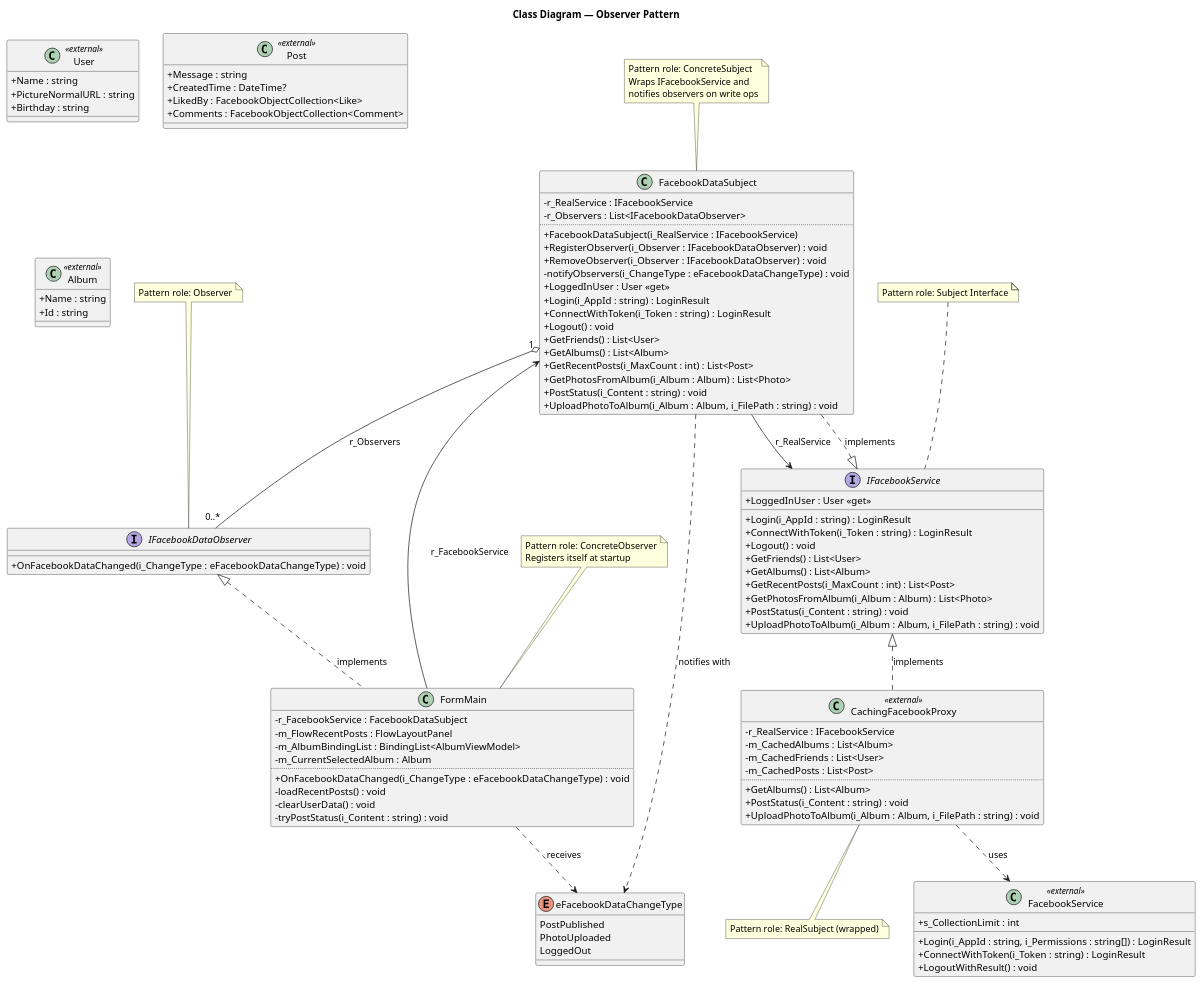
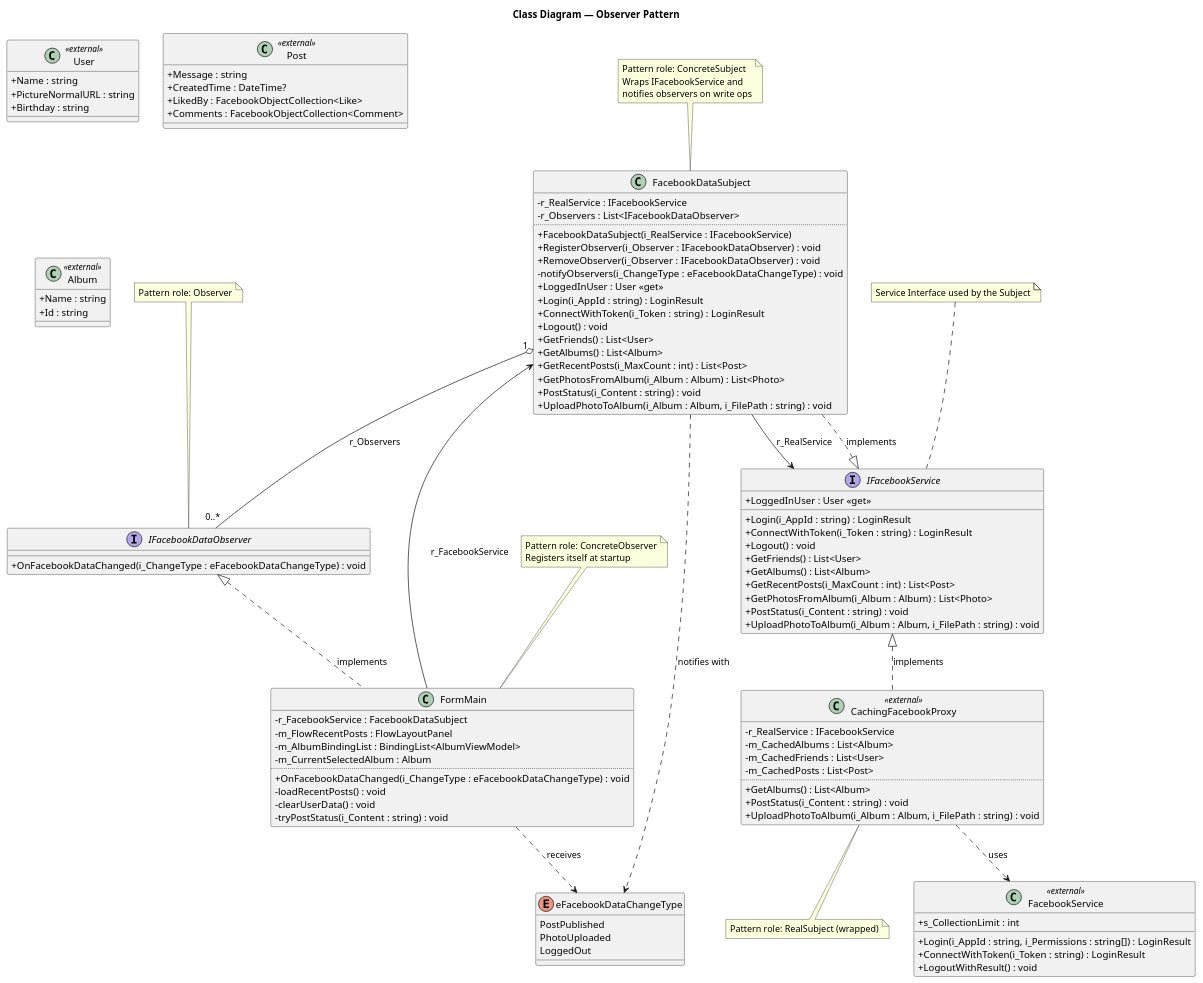
Before and after one commit to LotemKimchi/Application-Programming-Using-Design-Patterns: the diagram in Project3/B26 Ex03 LotemKimchi 318173481 ShaniSalomon 208573683 NEW/uml/Observer_ClassDiagram.puml, drawn with PlantUML. The commit also changed 3 other files, not shown here.

First line of the commit message:
Fix UML diagrams per review feedback

```diff
--- a/Project3/B26 Ex03 LotemKimchi 318173481 ShaniSalomon 208573683 NEW/uml/Observer_ClassDiagram.puml
+++ b/Project3/B26 Ex03 LotemKimchi 318173481 ShaniSalomon 208573683 NEW/uml/Observer_ClassDiagram.puml
@@ -1,128 +1,128 @@
 @startuml
 title Class Diagram — Observer Pattern
 
 skinparam classAttributeIconSize 0
 top to bottom direction
 
 enum eFacebookDataChangeType {
     PostPublished
     PhotoUploaded
     LoggedOut
 }
 
 interface IFacebookDataObserver {
     + OnFacebookDataChanged(i_ChangeType : eFacebookDataChangeType) : void
 }
 note top of IFacebookDataObserver
   Pattern role: Observer
 end note
 
 interface IFacebookService {
     + LoggedInUser : User <<get>>
     + Login(i_AppId : string) : LoginResult
     + ConnectWithToken(i_Token : string) : LoginResult
     + Logout() : void
     + GetFriends() : List<User>
     + GetAlbums() : List<Album>
     + GetRecentPosts(i_MaxCount : int) : List<Post>
     + GetPhotosFromAlbum(i_Album : Album) : List<Photo>
     + PostStatus(i_Content : string) : void
     + UploadPhotoToAlbum(i_Album : Album, i_FilePath : string) : void
 }
 note top of IFacebookService
-  Pattern role: Subject Interface
+  Service Interface used by the Subject
 end note
 
 class FacebookDataSubject {
     - r_RealService : IFacebookService
     - r_Observers : List<IFacebookDataObserver>
     ..
     + FacebookDataSubject(i_RealService : IFacebookService)
     + RegisterObserver(i_Observer : IFacebookDataObserver) : void
     + RemoveObserver(i_Observer : IFacebookDataObserver) : void
     - notifyObservers(i_ChangeType : eFacebookDataChangeType) : void
     + LoggedInUser : User <<get>>
     + Login(i_AppId : string) : LoginResult
     + ConnectWithToken(i_Token : string) : LoginResult
     + Logout() : void
     + GetFriends() : List<User>
     + GetAlbums() : List<Album>
     + GetRecentPosts(i_MaxCount : int) : List<Post>
     + GetPhotosFromAlbum(i_Album : Album) : List<Photo>
     + PostStatus(i_Content : string) : void
     + UploadPhotoToAlbum(i_Album : Album, i_FilePath : string) : void
 }
 note top of FacebookDataSubject
   Pattern role: ConcreteSubject
   Wraps IFacebookService and
   notifies observers on write ops
 end note
 
 class FormMain {
     - r_FacebookService : FacebookDataSubject
     - m_FlowRecentPosts : FlowLayoutPanel
     - m_AlbumBindingList : BindingList<AlbumViewModel>
     - m_CurrentSelectedAlbum : Album
     ..
     + OnFacebookDataChanged(i_ChangeType : eFacebookDataChangeType) : void
     - loadRecentPosts() : void
     - clearUserData() : void
     - tryPostStatus(i_Content : string) : void
 }
 note top of FormMain
   Pattern role: ConcreteObserver
   Registers itself at startup
 end note
 
 class CachingFacebookProxy <<external>> {
     - r_RealService : IFacebookService
     - m_CachedAlbums : List<Album>
     - m_CachedFriends : List<User>
     - m_CachedPosts : List<Post>
     ..
     + GetAlbums() : List<Album>
     + PostStatus(i_Content : string) : void
     + UploadPhotoToAlbum(i_Album : Album, i_FilePath : string) : void
 }
 note bottom of CachingFacebookProxy
   Pattern role: RealSubject (wrapped)
 end note
 
 class FacebookService <<external>> {
     + s_CollectionLimit : int
     + Login(i_AppId : string, i_Permissions : string[]) : LoginResult
     + ConnectWithToken(i_Token : string) : LoginResult
     + LogoutWithResult() : void
 }
 
 class User <<external>> {
     + Name : string
     + PictureNormalURL : string
     + Birthday : string
 }
 
 class Post <<external>> {
     + Message : string
     + CreatedTime : DateTime?
     + LikedBy : FacebookObjectCollection<Like>
     + Comments : FacebookObjectCollection<Comment>
 }
 
 class Album <<external>> {
     + Name : string
     + Id : string
 }
 
 IFacebookService <|.. FacebookDataSubject : implements
 IFacebookService <|.. CachingFacebookProxy : implements
 IFacebookDataObserver <|.. FormMain : implements
 
 FacebookDataSubject "1" o-- "0..*" IFacebookDataObserver : r_Observers
 FacebookDataSubject --> IFacebookService : r_RealService
 FormMain --> FacebookDataSubject : r_FacebookService
 
 CachingFacebookProxy ..> FacebookService : uses
 FacebookDataSubject ..> eFacebookDataChangeType : notifies with
 FormMain ..> eFacebookDataChangeType : receives
 
 @enduml
```
